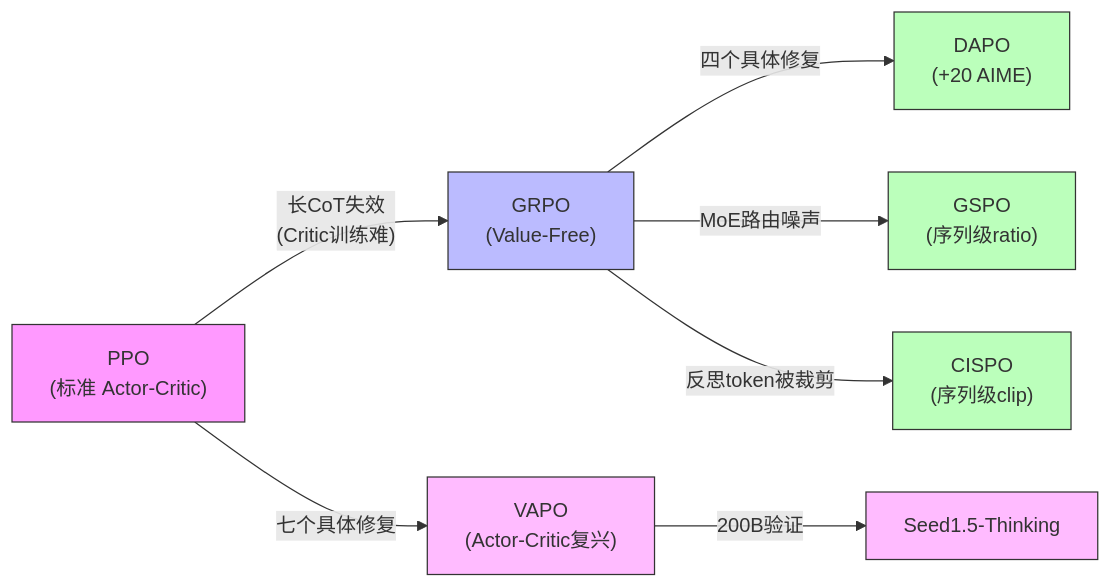
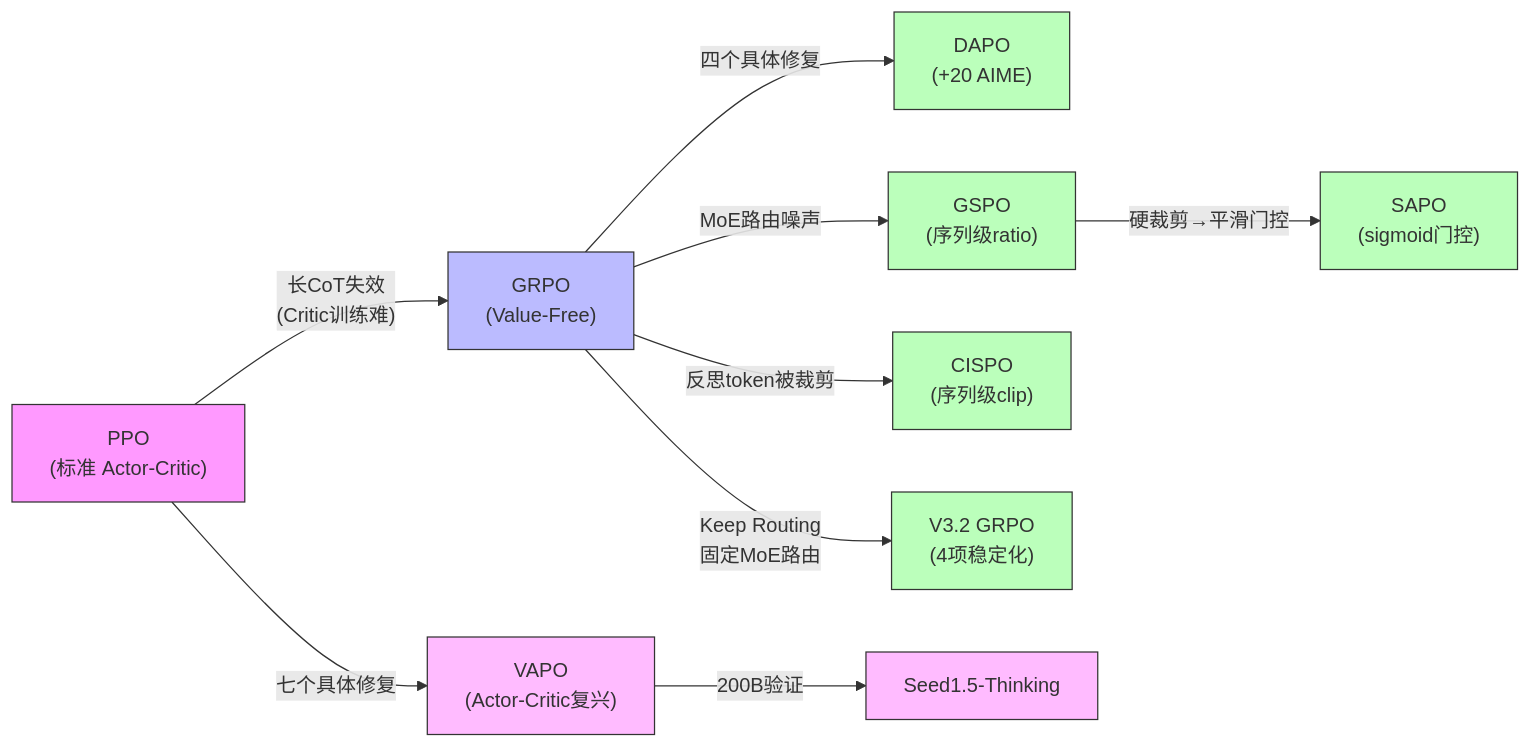
Diagram 12 of 12 in docs/post-training/02-技术报告解读与训练经验.md (XavierZhang2002/agentic-rl-analysis), drawn with Mermaid before and after one commit. The commit also changed other lines of this file, not shown here.

First line of the commit message:
feat: 第二章增补 — V3.2 Specialist Distillation、SAPO 平滑门控、4个初学者概念框

````diff
--- a/docs/post-training/02-技术报告解读与训练经验.md
+++ b/docs/post-training/02-技术报告解读与训练经验.md
@@ -1043,17 +1229,21 @@
 ```mermaid
 flowchart LR
     PPO["PPO\n(标准 Actor-Critic)"] --> |"长CoT失效\n(Critic训练难)"| GRPO["GRPO\n(Value-Free)"]
     GRPO --> |"四个具体修复"| DAPO["DAPO\n(+20 AIME)"]
     GRPO --> |"MoE路由噪声"| GSPO["GSPO\n(序列级ratio)"]
+    GSPO --> |"硬裁剪→平滑门控"| SAPO["SAPO\n(sigmoid门控)"]
     GRPO --> |"反思token被裁剪"| CISPO["CISPO\n(序列级clip)"]
+    GRPO --> |"Keep Routing\n固定MoE路由"| V32["V3.2 GRPO\n(4项稳定化)"]
     PPO --> |"七个具体修复"| VAPO["VAPO\n(Actor-Critic复兴)"]
     VAPO --> |"200B验证"| Seed15["Seed1.5-Thinking"]
 
     style PPO fill:#f9f,stroke:#333
     style GRPO fill:#bbf,stroke:#333
     style DAPO fill:#bfb,stroke:#333
     style GSPO fill:#bfb,stroke:#333
+    style SAPO fill:#bfb,stroke:#333
     style CISPO fill:#bfb,stroke:#333
+    style V32 fill:#bfb,stroke:#333
     style VAPO fill:#fbf,stroke:#333
     style Seed15 fill:#fbf,stroke:#333
 ```
````
